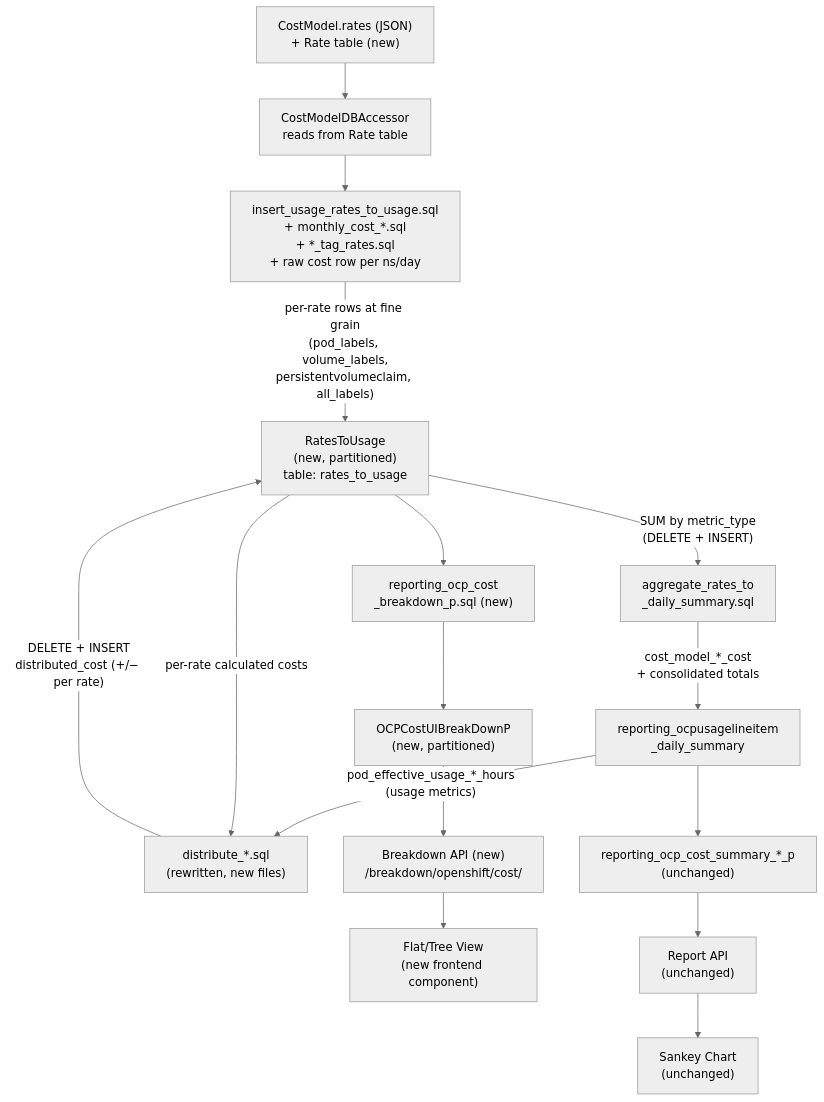
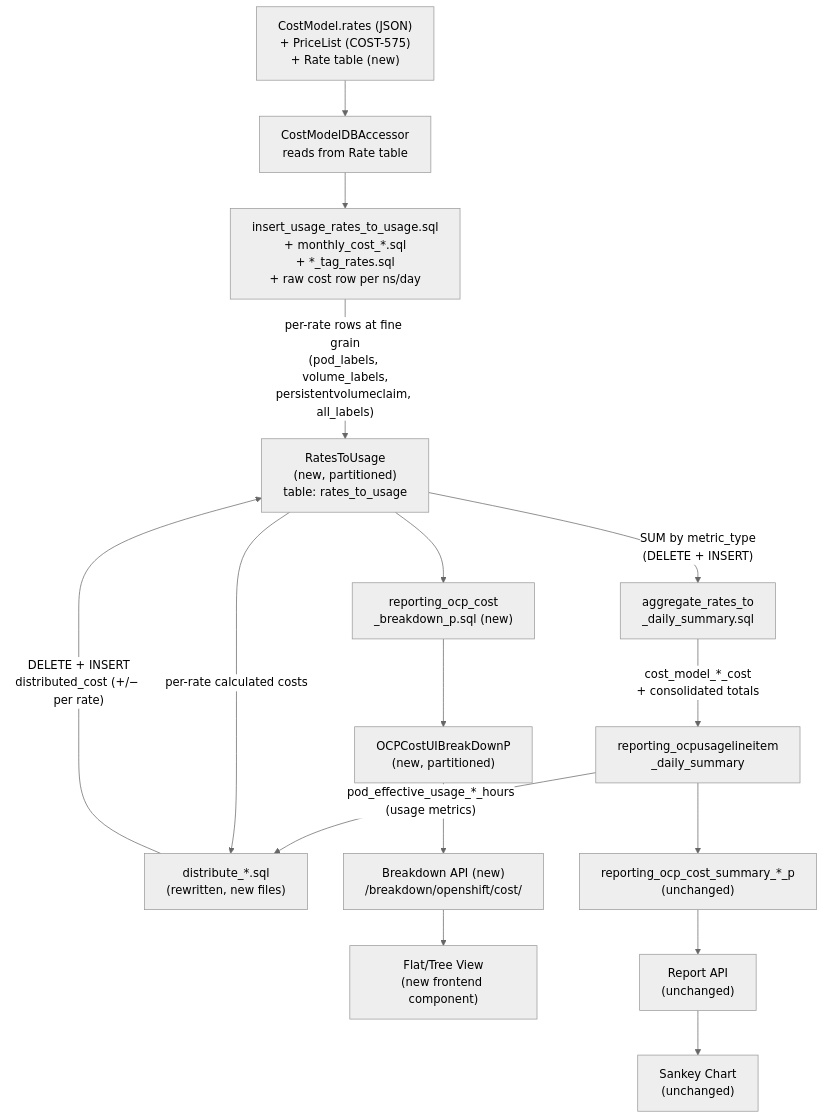
The second of 2 diagrams in docs/architecture/cost-breakdown/README.md (project-koku/koku), drawn with Mermaid (neutral theme) before and after one commit. The commit also changed other lines of this file and 7 other files, not shown here.

````diff
--- a/docs/architecture/cost-breakdown/README.md
+++ b/docs/architecture/cost-breakdown/README.md
@@ -592,25 +602,25 @@
 ```mermaid
 graph TD
-    CM["CostModel.rates (JSON)<br/>+ Rate table (new)"] --> Accessor["CostModelDBAccessor<br/>reads from Rate table"]
+    CM["CostModel.rates (JSON)<br/>+ PriceList (COST-575)<br/>+ Rate table (new)"] --> Accessor["CostModelDBAccessor<br/>reads from Rate table"]
 
     Accessor --> RTU_SQL["insert_usage_rates_to_usage.sql<br/>+ monthly_cost_*.sql<br/>+ *_tag_rates.sql<br/>+ raw cost row per ns/day"]
     RTU_SQL -->|"per-rate rows at fine grain<br/>(pod_labels, volume_labels,<br/>persistentvolumeclaim, all_labels)"| RatesToUsage["RatesToUsage<br/>(new, partitioned)<br/>table: rates_to_usage"]
 
     DailySummary["reporting_ocpusagelineitem<br/>_daily_summary"] -->|"pod_effective_usage_*_hours<br/>(usage metrics)"| DistSQL["distribute_*.sql<br/>(rewritten, new files)"]
     RatesToUsage -->|"per-rate calculated costs"| DistSQL
     DistSQL -->|"DELETE + INSERT<br/>distributed_cost (+/− per rate)"| RatesToUsage
 
     RatesToUsage -->|"SUM by metric_type<br/>(DELETE + INSERT)"| AggSQL["aggregate_rates_to<br/>_daily_summary.sql"]
     AggSQL -->|"cost_model_*_cost<br/>+ consolidated totals"| DailySummary
 
     DailySummary --> UISummary["reporting_ocp_cost_summary_*_p<br/>(unchanged)"]
 
     RatesToUsage --> BreakdownSQL["reporting_ocp_cost<br/>_breakdown_p.sql (new)"]
     %% Breakdown reads from RatesToUsage only (includes distributed rows)
     BreakdownSQL --> BreakdownTable["OCPCostUIBreakDownP<br/>(new, partitioned)"]
     BreakdownTable --> BreakdownAPI["Breakdown API (new)<br/>/breakdown/openshift/cost/"]
     BreakdownAPI --> FlatTree["Flat/Tree View<br/>(new frontend component)"]
 
     UISummary --> API["Report API<br/>(unchanged)"]
     API --> Sankey["Sankey Chart<br/>(unchanged)"]
 ```
````
